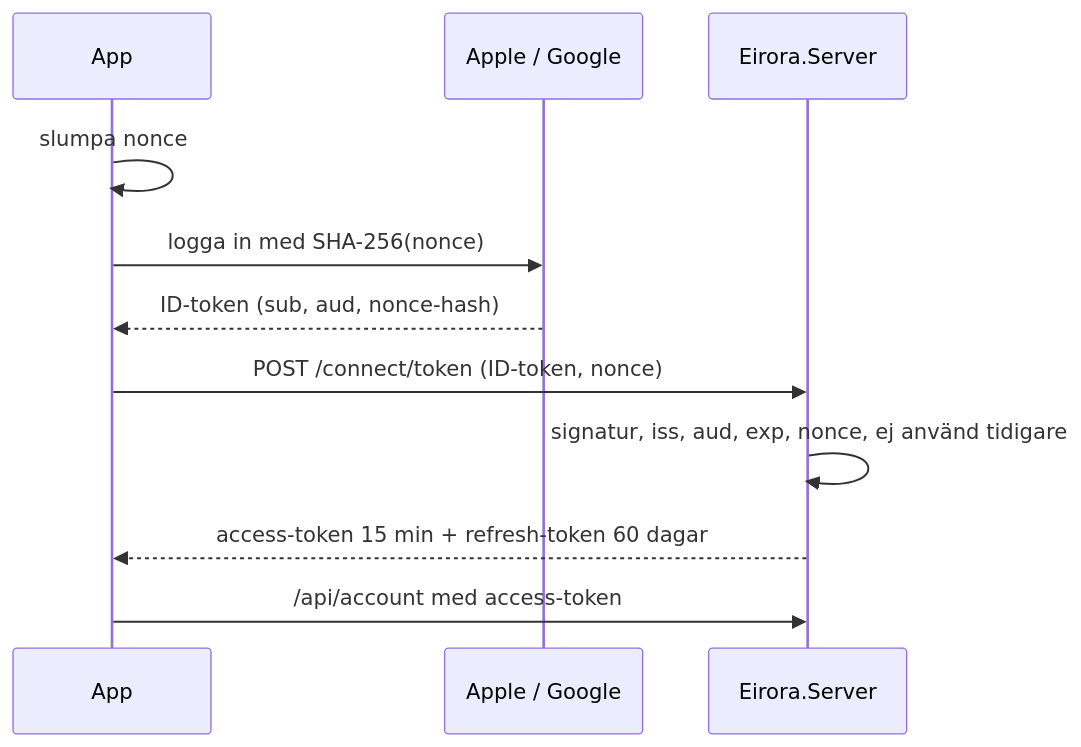
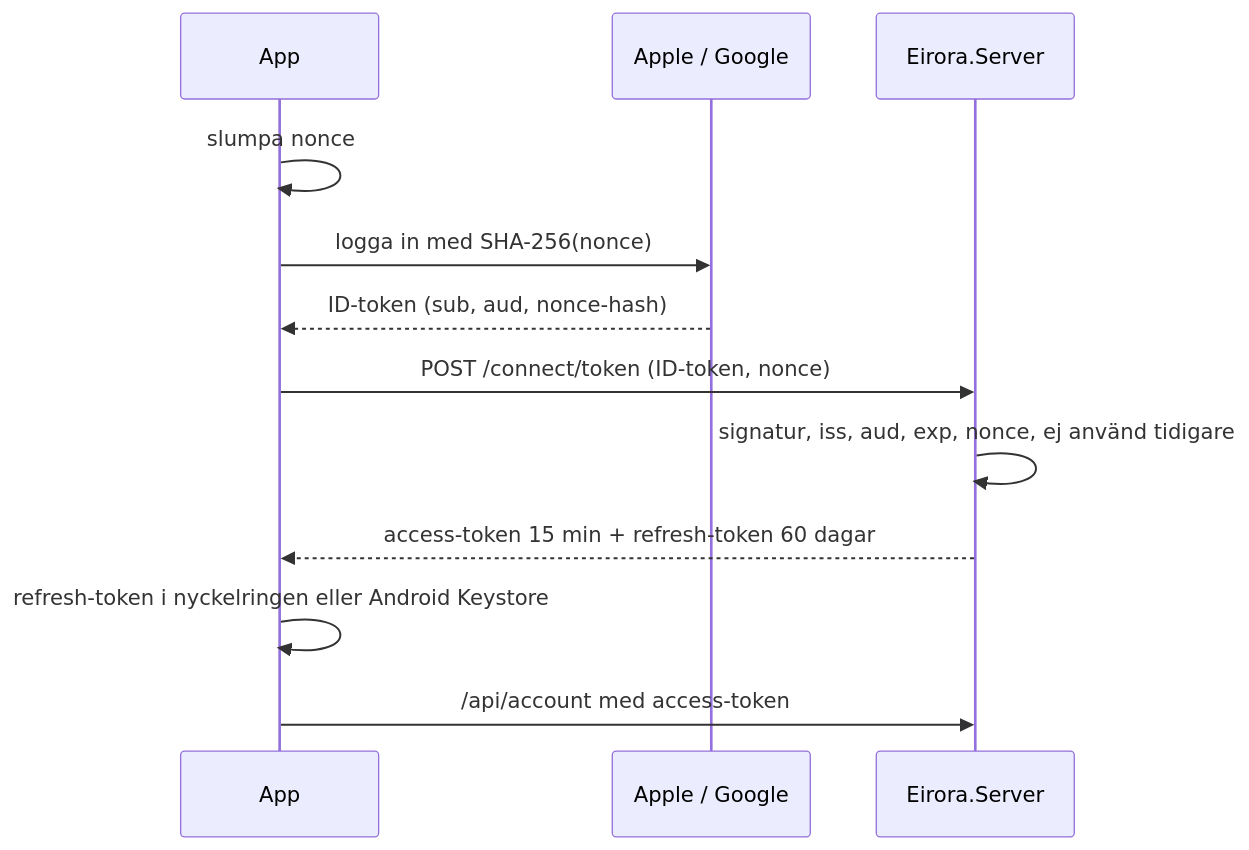
Before and after one commit to Tiico/eirora: the diagram in docs/security/sign-in-threat-model.md, drawn with Mermaid. The commit also changed other lines of this file and 58 other files, not shown here.

````diff
--- a/docs/security/sign-in-threat-model.md
+++ b/docs/security/sign-in-threat-model.md
@@ -19,13 +19,14 @@
 ```mermaid
 sequenceDiagram
     participant App
     participant Provider as Apple / Google
     participant Server as Eirora.Server
     App->>App: slumpa nonce
     App->>Provider: logga in med SHA-256(nonce)
     Provider-->>App: ID-token (sub, aud, nonce-hash)
     App->>Server: POST /connect/token (ID-token, nonce)
     Server->>Server: signatur, iss, aud, exp, nonce, ej använd tidigare
     Server-->>App: access-token 15 min + refresh-token 60 dagar
+    App->>App: refresh-token i nyckelringen eller Android Keystore
     App->>Server: /api/account med access-token
 ```
````
